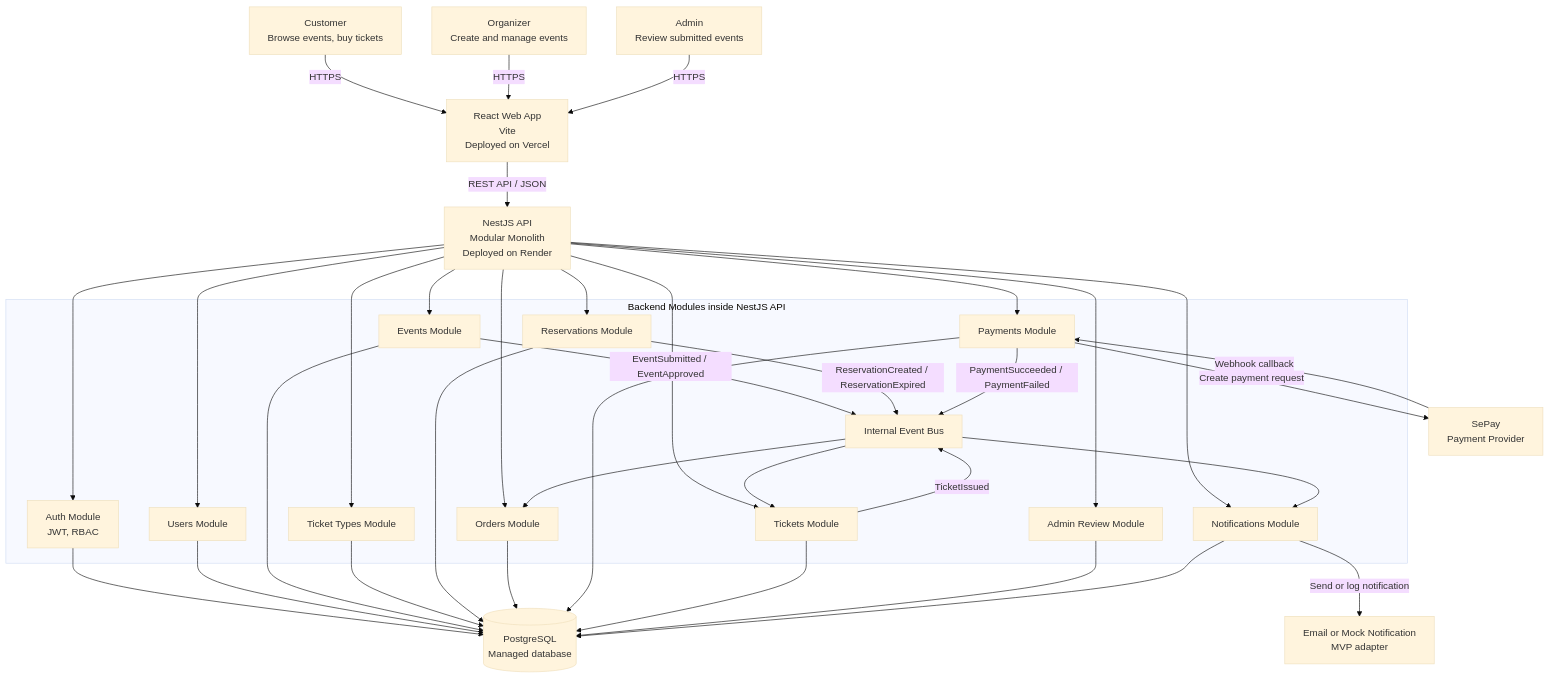
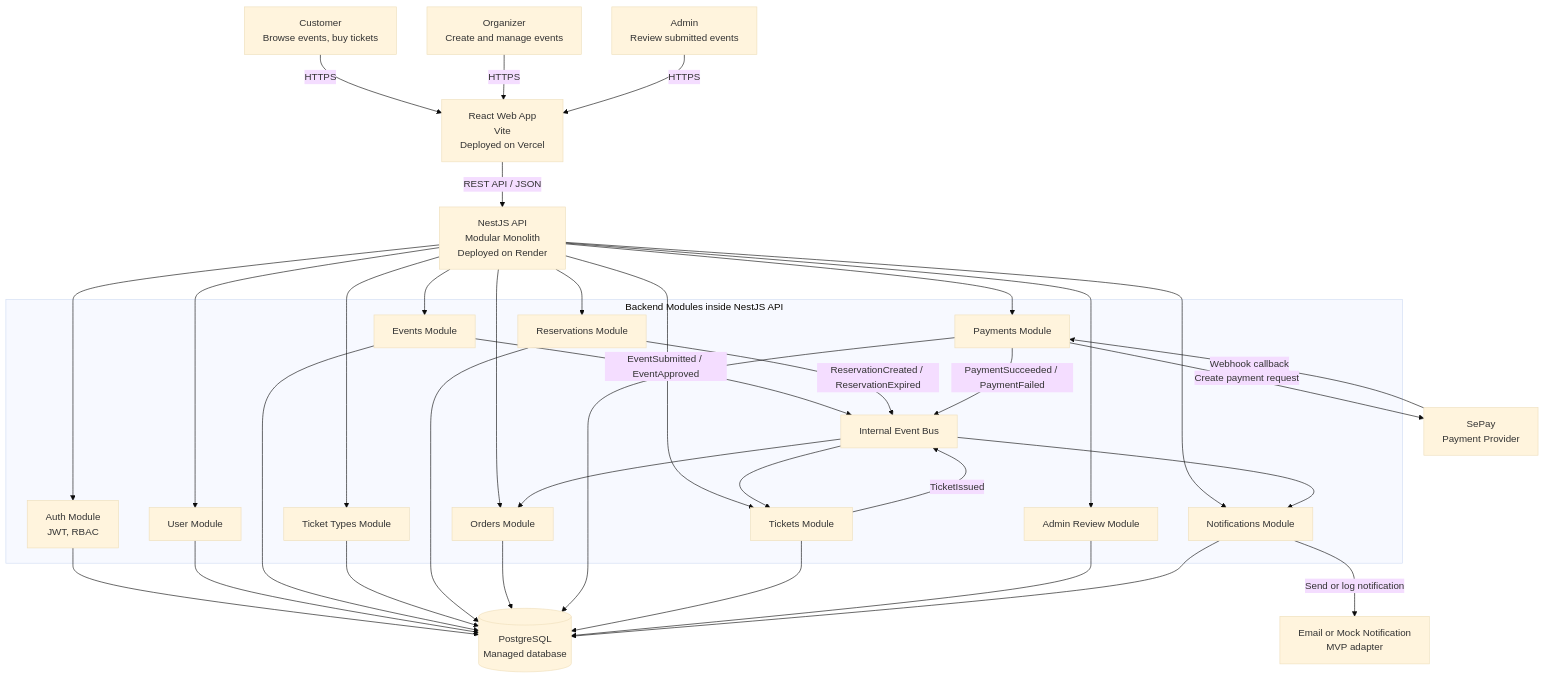
One commit to leedontbeshy/izTicket changed the first of 6 diagrams in docs/diagrams.md. Above: the diagram before and after it, drawn with Mermaid (base theme). The commit also changed 14 other files, not shown here.

Commit message:
refactor(auth): rename UsersModule to UserModule and update related references

````diff
--- a/docs/diagrams.md
+++ b/docs/diagrams.md
@@ -21,66 +21,66 @@
 ```mermaid
 flowchart TB
     Customer["Customer<br/>Browse events, buy tickets"]
     Organizer["Organizer<br/>Create and manage events"]
     Admin["Admin<br/>Review submitted events"]
 
     Web["React Web App<br/>Vite<br/>Deployed on Vercel"]
     API["NestJS API<br/>Modular Monolith<br/>Deployed on Render"]
     DB[("PostgreSQL<br/>Managed database")]
     SePay["SePay<br/>Payment Provider"]
     Email["Email or Mock Notification<br/>MVP adapter"]
 
     Customer -->|"HTTPS"| Web
     Organizer -->|"HTTPS"| Web
     Admin -->|"HTTPS"| Web
 
     Web -->|"REST API / JSON"| API
 
     subgraph Backend["Backend Modules inside NestJS API"]
         Auth["Auth Module<br/>JWT, RBAC"]
-        Users["Users Module"]
+        User["User Module"]
         Events["Events Module"]
         TicketTypes["Ticket Types Module"]
         Reservations["Reservations Module"]
         Orders["Orders Module"]
         Payments["Payments Module"]
         Tickets["Tickets Module"]
         AdminReview["Admin Review Module"]
         Notifications["Notifications Module"]
         EventBus["Internal Event Bus"]
     end
 
     API --> Auth
-    API --> Users
+    API --> User
     API --> Events
     API --> TicketTypes
     API --> Reservations
     API --> Orders
     API --> Payments
     API --> Tickets
     API --> AdminReview
     API --> Notifications
 
     Auth --> DB
-    Users --> DB
+    User --> DB
     Events --> DB
     TicketTypes --> DB
     Reservations --> DB
     Orders --> DB
     Payments --> DB
     Tickets --> DB
     AdminReview --> DB
     Notifications --> DB
 
     Payments -->|"Create payment request"| SePay
     SePay -->|"Webhook callback"| Payments
     Notifications -->|"Send or log notification"| Email
 
     Events -->|"EventSubmitted / EventApproved"| EventBus
     Reservations -->|"ReservationCreated / ReservationExpired"| EventBus
     Payments -->|"PaymentSucceeded / PaymentFailed"| EventBus
     Tickets -->|"TicketIssued"| EventBus
     EventBus --> Orders
     EventBus --> Tickets
     EventBus --> Notifications
 ```
````
